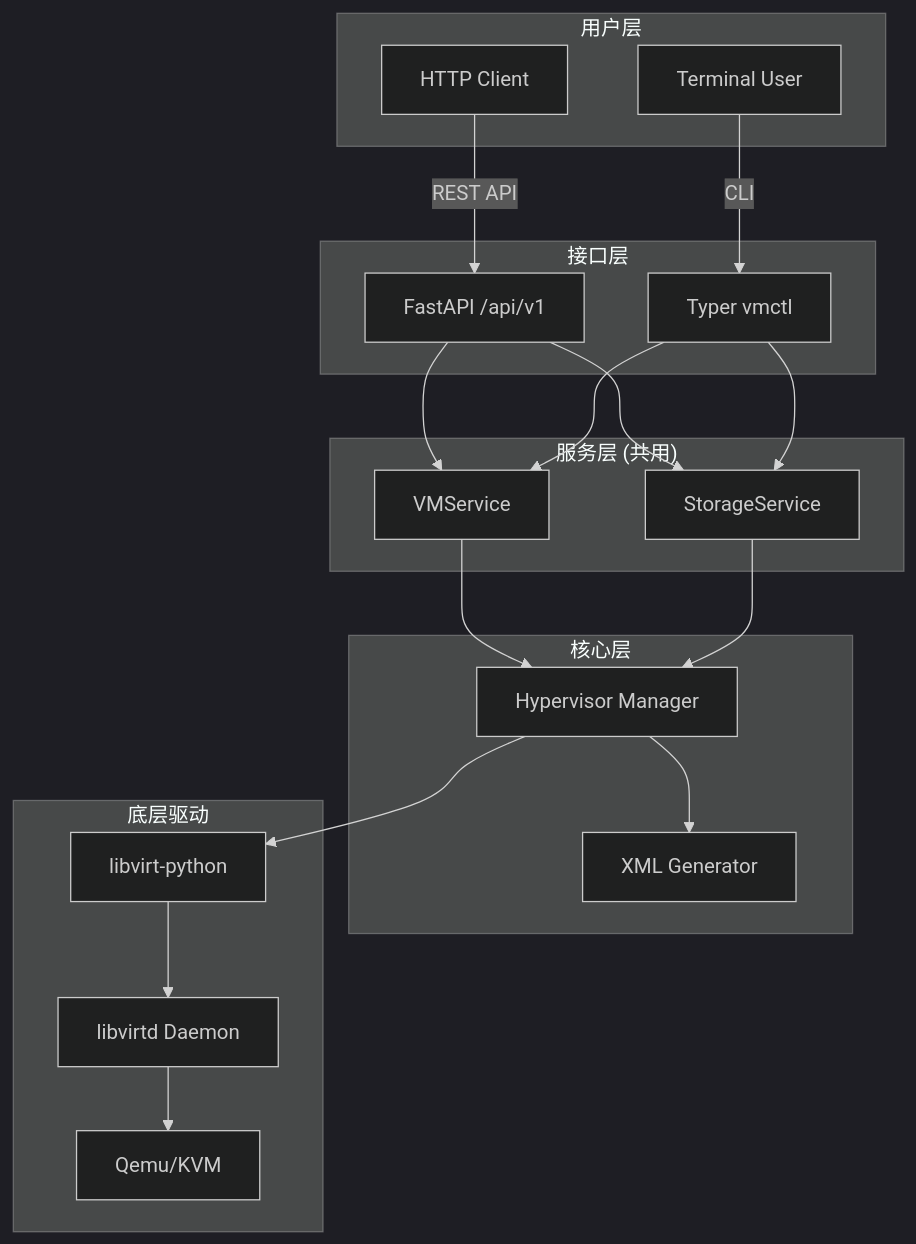
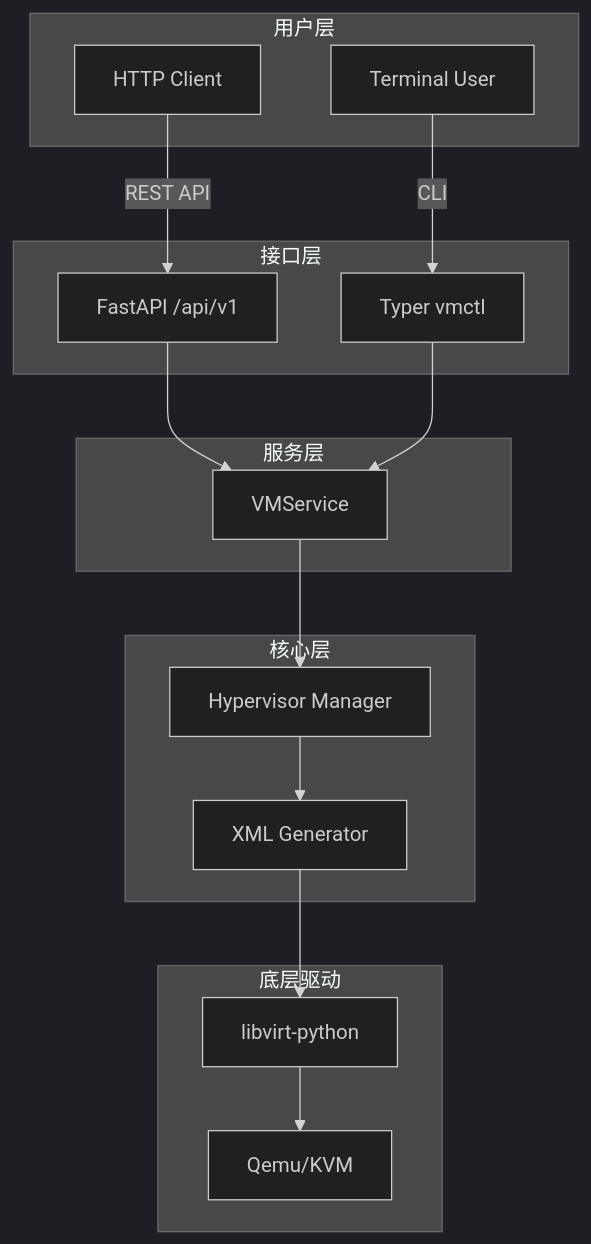
Before and after one commit to yeyushilai/x-qemu-kvm: the first of 2 diagrams in README.md, drawn with Mermaid (dark theme). The commit also changed other lines of this file and 8 other files, not shown here.

````diff
--- a/README.md
+++ b/README.md
@@ -20,31 +11,27 @@
 ```mermaid
 graph TB
-    subgraph "用户层"
-        A[HTTP Client]
-        B[Terminal User]
+    subgraph 用户层
+        U1[HTTP Client]
+        U2[Terminal User]
     end
 
-    subgraph "接口层"
-        A -->|REST API| C[FastAPI /api/v1]
-        B -->|CLI| D[Typer vmctl]
+    subgraph 接口层
+        U1 -->|REST API| API[FastAPI /api/v1]
+        U2 -->|CLI| CLI[Typer vmctl]
     end
 
-    subgraph "服务层 (共用)"
-        C --> E[VMService]
-        D --> E
-        C --> F[StorageService]
-        D --> F
+    subgraph 服务层
+        API --> SVC[VMService]
+        CLI --> SVC
     end
 
-    subgraph "核心层"
-        E --> G[Hypervisor Manager]
-        F --> G
-        G --> H[XML Generator]
+    subgraph 核心层
+        SVC --> CORE[Hypervisor Manager]
+        CORE --> XML[XML Generator]
     end
 
-    subgraph "底层驱动"
-        G --> I[libvirt-python]
-        I --> J[libvirtd Daemon]
-        J --> K[Qemu/KVM]
+    subgraph 底层驱动
+        XML --> LIB[libvirt-python]
+        LIB --> QEMU[Qemu/KVM]
     end
 ```
````
